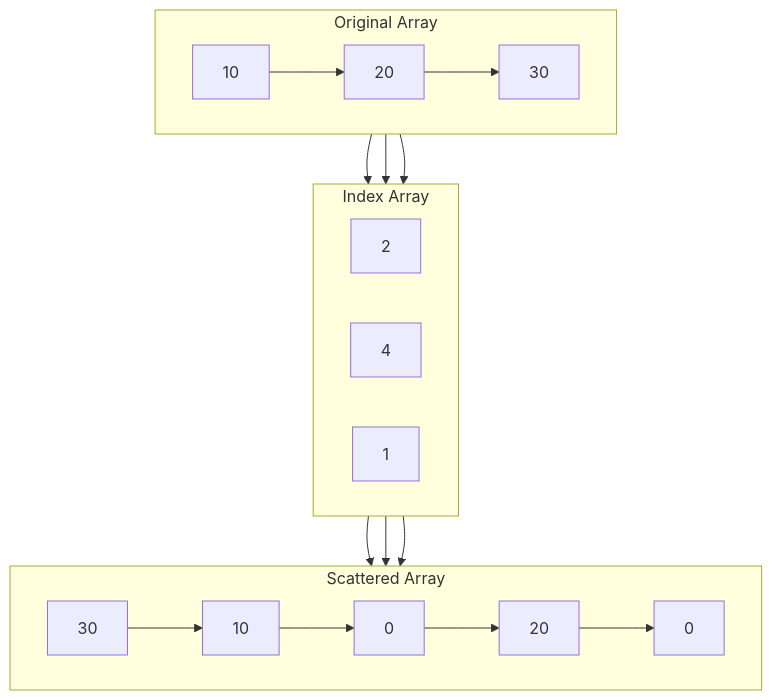
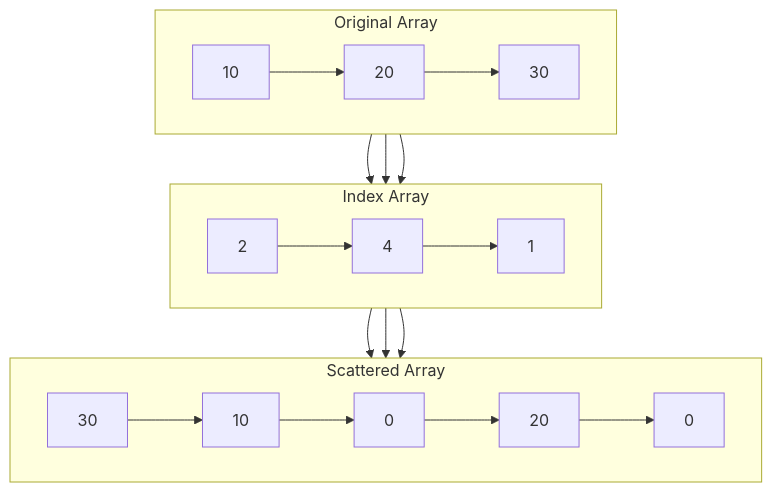
One commit to titilda/appunti changed diagram 13 of 13 in Advanced Algorithm and Parallel Programming/index.md. Above: the diagram before and after it, drawn with Mermaid. The commit also changed other lines of this file, not shown here.

Commit message:
feat(AAPP): expand parallel programming concepts with task graphs, pipelines, and memory architectures

````diff
--- a/Advanced Algorithm and Parallel Programming/index.md
+++ b/Advanced Algorithm and Parallel Programming/index.md
@@ -1370,30 +1436,31 @@
 ```mermaid
 flowchart TB
     subgraph Index Array
         direction LR
         I1[2]
         I2[4]
         I3[1]
     end
     subgraph Original Array
         direction LR
         A1[10]
         A2[20]
         A3[30]
     end
     subgraph Scattered Array
         direction LR
         R1[30]
         R2[10]
         R3[0]
         R4[20]
         R5[0]
     end
 
     A1 --> A2 --> A3
+    I1 --> I2 --> I3
     R1 --> R2 --> R3 --> R4 --> R5
 
     A1 --> I1 --> R2
     A2 --> I2 --> R4
     A3 --> I3 --> R1
 ```
````
